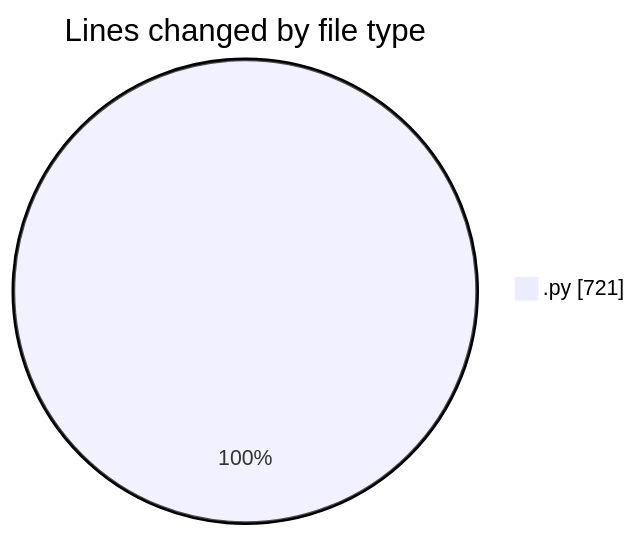
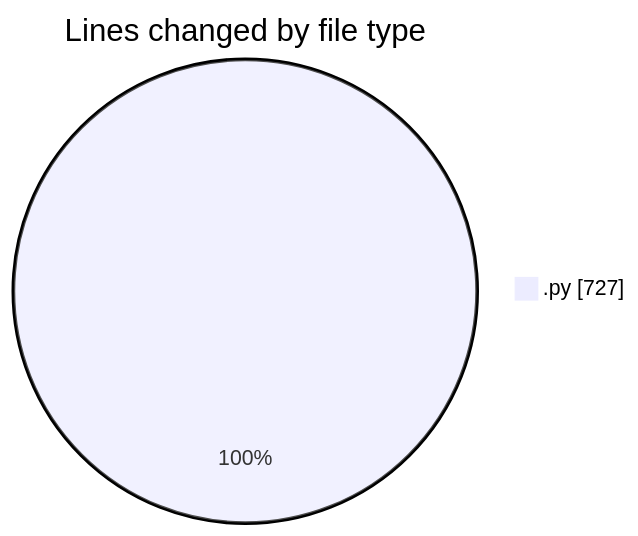
One commit to julien-gomy/code-tracking changed the first of 2 diagrams in 2025-10-22/eventscop-api-guide__workspace_/README.md. Above: the diagram before and after it, drawn with Mermaid. The commit also changed other lines of this file and 1 other file, not shown here.

````diff
--- a/2025-10-22/eventscop-api-guide__workspace_/README.md
+++ b/2025-10-22/eventscop-api-guide__workspace_/README.md
@@ -32,5 +32,5 @@
 ```mermaid
 pie showData
 title Lines changed by file type
-".py" : 721
+".py" : 727
 ```
````
